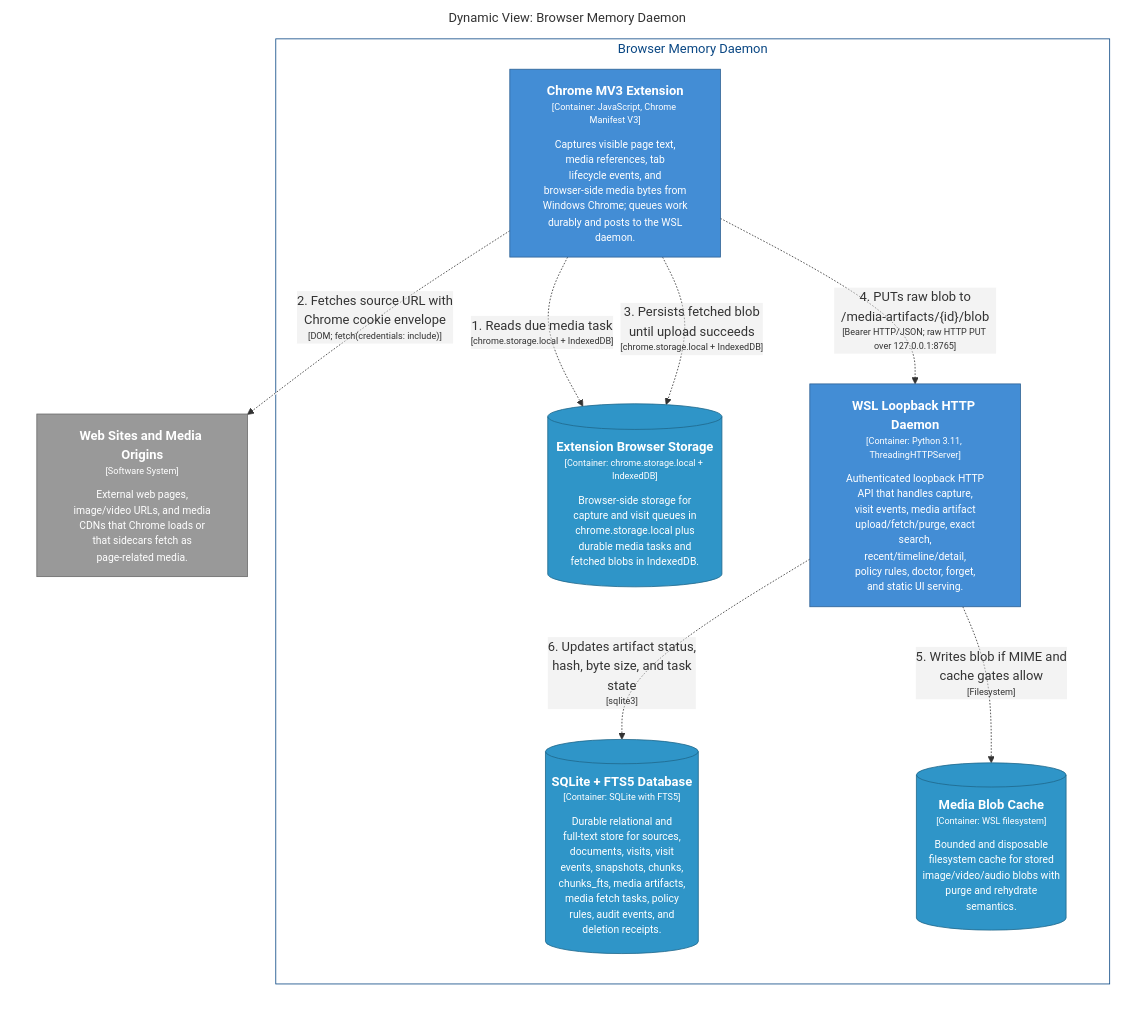
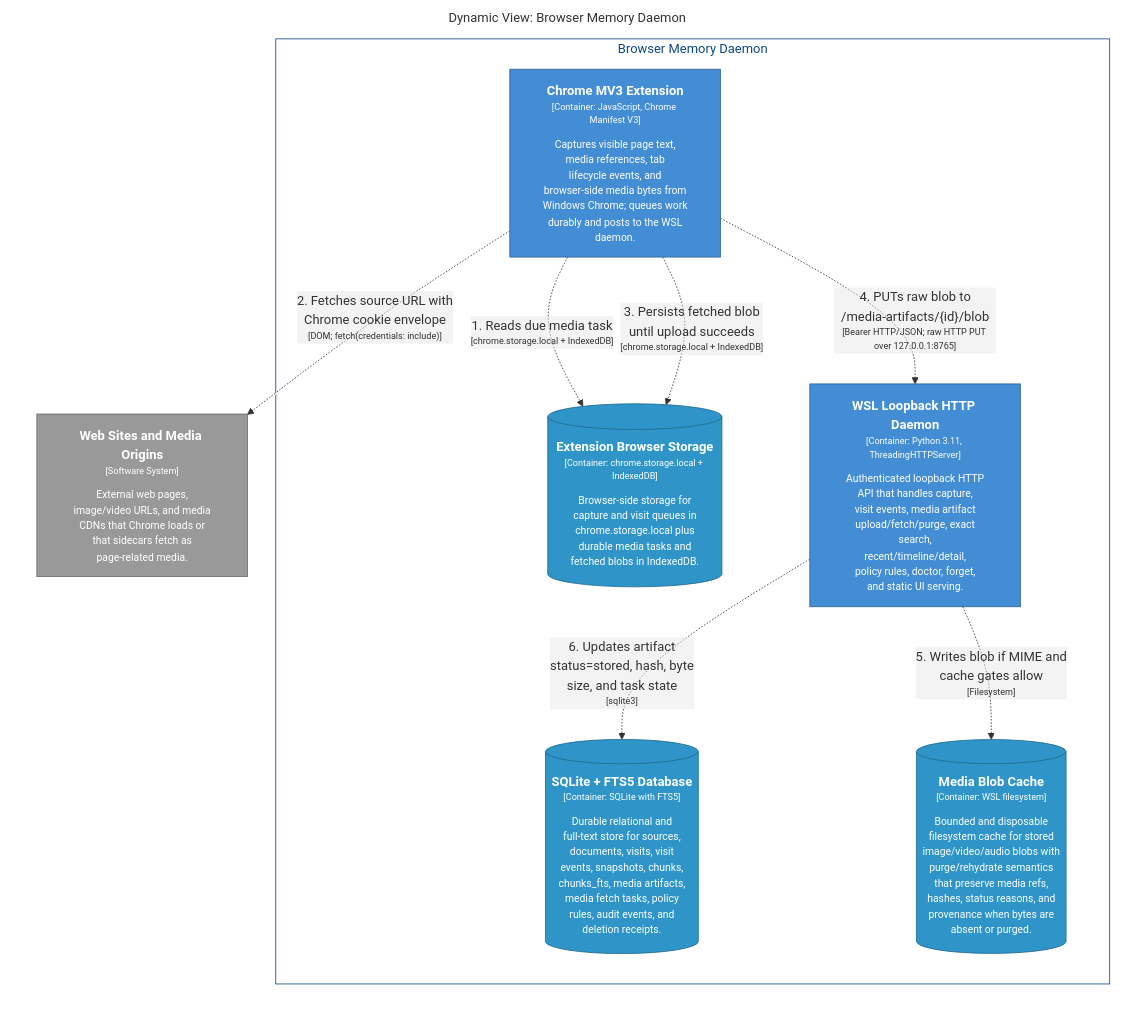
The diagram in architecture/diagrams/markdown/CredentialedMediaSidecarFlow.md (michaelnicks0/browser-memory-daemon), drawn with Mermaid before and after one commit. The commit also changed 105 other files, not shown here.

Commit message:
docs: reconcile C4 and behavioral diagrams

````diff
--- a/architecture/diagrams/markdown/CredentialedMediaSidecarFlow.md
+++ b/architecture/diagrams/markdown/CredentialedMediaSidecarFlow.md
@@ -16,34 +16,34 @@
 ```mermaid
 graph LR
   linkStyle default fill:#ffffff
 
   subgraph diagram ["Dynamic View: Browser Memory Daemon"]
     style diagram fill:#ffffff,stroke:#ffffff
 
     subgraph 4 ["Browser Memory Daemon"]
       style 4 fill:#ffffff,stroke:#0b4884,color:#0b4884
 
       13[("<div style='font-weight: bold'>Extension Browser Storage</div><div style='font-size: 70%; margin-top: 0px'>[Container: chrome.storage.local + IndexedDB]</div><div style='font-size: 80%; margin-top:10px'>Browser-side storage for<br />capture and visit queues in<br />chrome.storage.local plus<br />durable media tasks and<br />fetched blobs in IndexedDB.</div>")]
       style 13 fill:#2f95c8,stroke:#20688c,color:#ffffff
       14["<div style='font-weight: bold'>WSL Loopback HTTP Daemon</div><div style='font-size: 70%; margin-top: 0px'>[Container: Python 3.11, ThreadingHTTPServer]</div><div style='font-size: 80%; margin-top:10px'>Authenticated loopback HTTP<br />API that handles capture,<br />visit events, media artifact<br />upload/fetch/purge, exact<br />search,<br />recent/timeline/detail,<br />policy rules, doctor, forget,<br />and static UI serving.</div>"]
       style 14 fill:#438dd5,stroke:#2e6295,color:#ffffff
       27[("<div style='font-weight: bold'>SQLite + FTS5 Database</div><div style='font-size: 70%; margin-top: 0px'>[Container: SQLite with FTS5]</div><div style='font-size: 80%; margin-top:10px'>Durable relational and<br />full-text store for sources,<br />documents, visits, visit<br />events, snapshots, chunks,<br />chunks_fts, media artifacts,<br />media fetch tasks, policy<br />rules, audit events, and<br />deletion receipts.</div>")]
       style 27 fill:#2f95c8,stroke:#20688c,color:#ffffff
-      29[("<div style='font-weight: bold'>Media Blob Cache</div><div style='font-size: 70%; margin-top: 0px'>[Container: WSL filesystem]</div><div style='font-size: 80%; margin-top:10px'>Bounded and disposable<br />filesystem cache for stored<br />image/video/audio blobs with<br />purge and rehydrate<br />semantics.</div>")]
+      29[("<div style='font-weight: bold'>Media Blob Cache</div><div style='font-size: 70%; margin-top: 0px'>[Container: WSL filesystem]</div><div style='font-size: 80%; margin-top:10px'>Bounded and disposable<br />filesystem cache for stored<br />image/video/audio blobs with<br />purge/rehydrate semantics<br />that preserve media refs,<br />hashes, status reasons, and<br />provenance when bytes are<br />absent or purged.</div>")]
       style 29 fill:#2f95c8,stroke:#20688c,color:#ffffff
       5["<div style='font-weight: bold'>Chrome MV3 Extension</div><div style='font-size: 70%; margin-top: 0px'>[Container: JavaScript, Chrome Manifest V3]</div><div style='font-size: 80%; margin-top:10px'>Captures visible page text,<br />media references, tab<br />lifecycle events, and<br />browser-side media bytes from<br />Windows Chrome; queues work<br />durably and posts to the WSL<br />daemon.</div>"]
       style 5 fill:#438dd5,stroke:#2e6295,color:#ffffff
     end
 
     3["<div style='font-weight: bold'>Web Sites and Media Origins</div><div style='font-size: 70%; margin-top: 0px'>[Software System]</div><div style='font-size: 80%; margin-top:10px'>External web pages,<br />image/video URLs, and media<br />CDNs that Chrome loads or<br />that sidecars fetch as<br />page-related media.</div>"]
     style 3 fill:#999999,stroke:#6b6b6b,color:#ffffff
 
     5-. "<div>1. Reads due media task</div><div style='font-size: 70%'>[chrome.storage.local + IndexedDB]</div>" .->13
     5-. "<div>2. Fetches source URL with<br />Chrome cookie envelope</div><div style='font-size: 70%'>[DOM; fetch(credentials: include)]</div>" .->3
     5-. "<div>3. Persists fetched blob<br />until upload succeeds</div><div style='font-size: 70%'>[chrome.storage.local + IndexedDB]</div>" .->13
     5-. "<div>4. PUTs raw blob to<br />/media-artifacts/{id}/blob</div><div style='font-size: 70%'>[Bearer HTTP/JSON; raw HTTP PUT over 127.0.0.1:8765]</div>" .->14
     14-. "<div>5. Writes blob if MIME and<br />cache gates allow</div><div style='font-size: 70%'>[Filesystem]</div>" .->29
-    14-. "<div>6. Updates artifact status,<br />hash, byte size, and task<br />state</div><div style='font-size: 70%'>[sqlite3]</div>" .->27
+    14-. "<div>6. Updates artifact<br />status=stored, hash, byte<br />size, and task state</div><div style='font-size: 70%'>[sqlite3]</div>" .->27
 
   end
 ```
````
